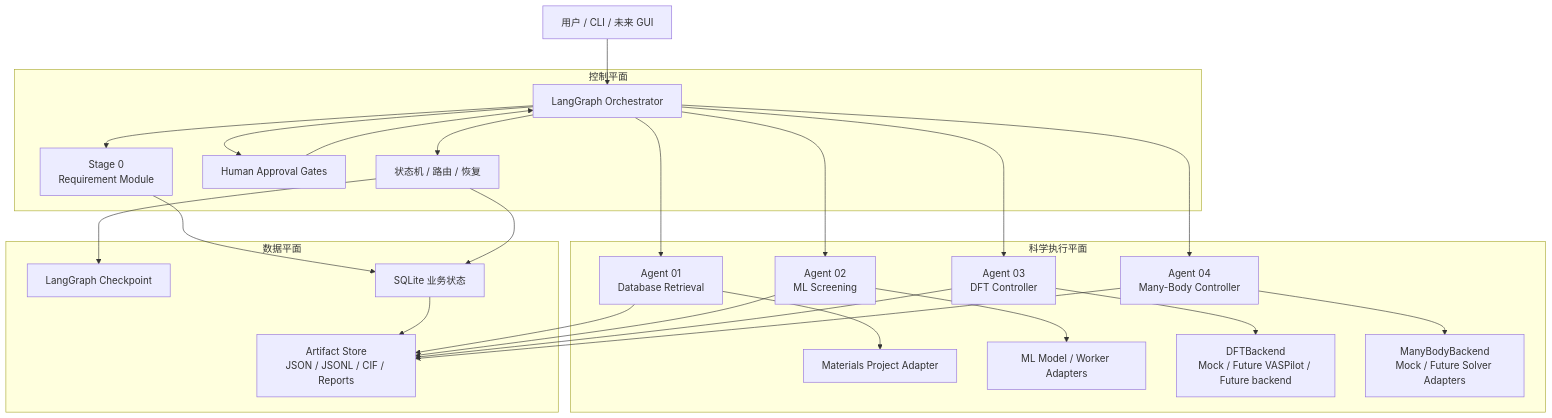
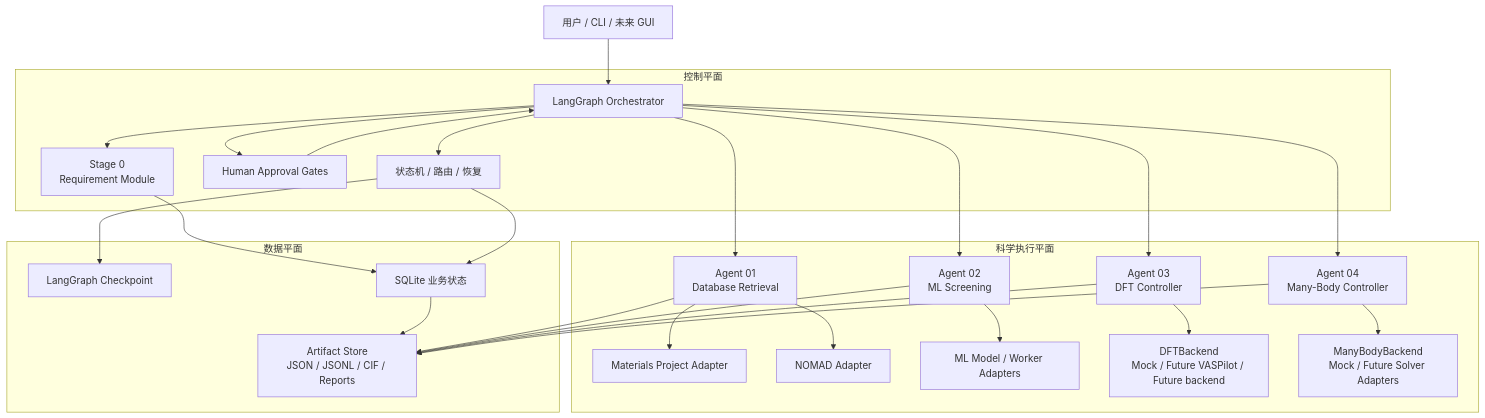
Before and after one commit to chimeraHHH/materials_screening_agent_hermes: the first of 4 diagrams in docs/architecture.md, drawn with Mermaid. The commit also changed other lines of this file and 23 other files, not shown here.

````diff
--- a/docs/architecture.md
+++ b/docs/architecture.md
@@ -35,38 +35,39 @@
 ```mermaid
 flowchart TD
     U["用户 / CLI / 未来 GUI"] --> O["LangGraph Orchestrator"]
 
     subgraph CP["控制平面"]
         O --> R0["Stage 0<br/>Requirement Module"]
         O --> G["Human Approval Gates"]
         O --> SM["状态机 / 路由 / 恢复"]
     end
 
     subgraph SP["科学执行平面"]
         O --> A1["Agent 01<br/>Database Retrieval"]
         O --> A2["Agent 02<br/>ML Screening"]
         O --> A3["Agent 03<br/>DFT Controller"]
         O --> A4["Agent 04<br/>Many-Body Controller"]
 
         A1 --> MP["Materials Project Adapter"]
+        A1 --> NOMAD["NOMAD Adapter"]
         A2 --> ML["ML Model / Worker Adapters"]
         A3 --> DFT["DFTBackend<br/>Mock / Future VASPilot / Future backend"]
         A4 --> MB["ManyBodyBackend<br/>Mock / Future Solver Adapters"]
     end
 
     subgraph DP["数据平面"]
         CK["LangGraph Checkpoint"]
         DB["SQLite 业务状态"]
         AS["Artifact Store<br/>JSON / JSONL / CIF / Reports"]
     end
 
     R0 --> DB
     SM --> CK
     SM --> DB
     A1 --> AS
     A2 --> AS
     A3 --> AS
     A4 --> AS
     DB --> AS
     G --> O
 ```
````
